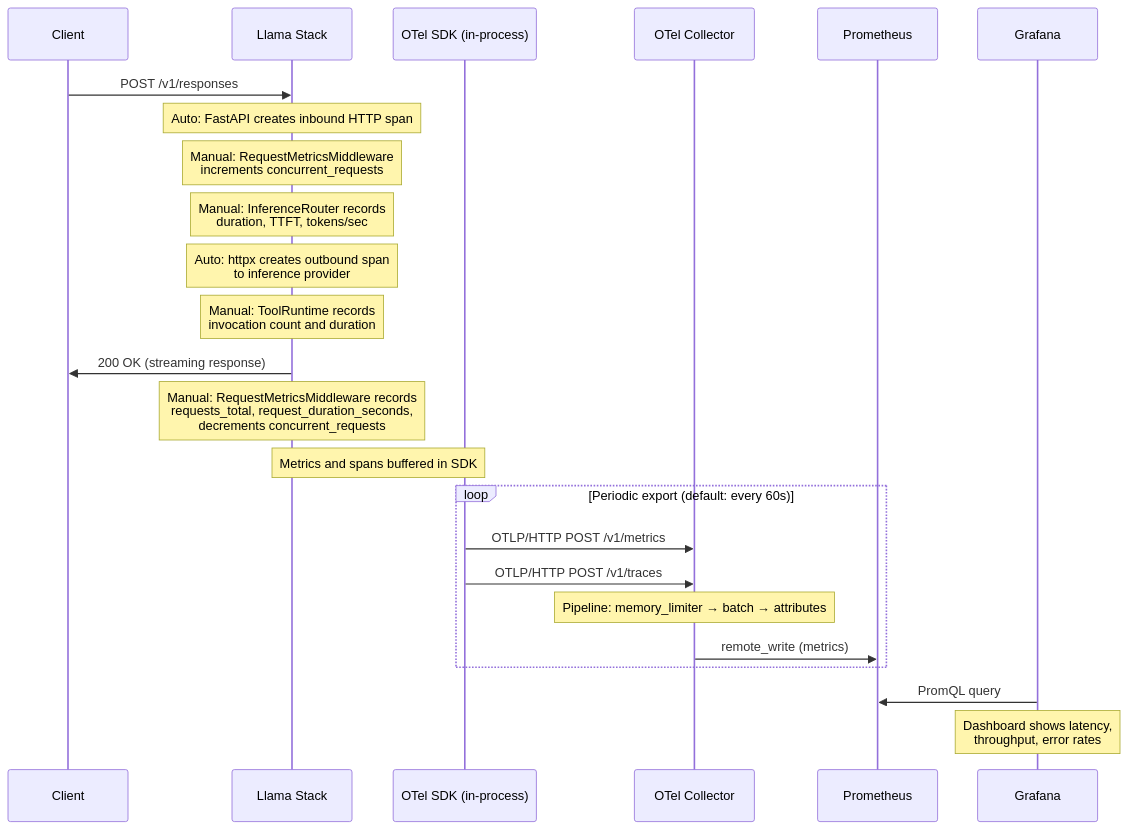
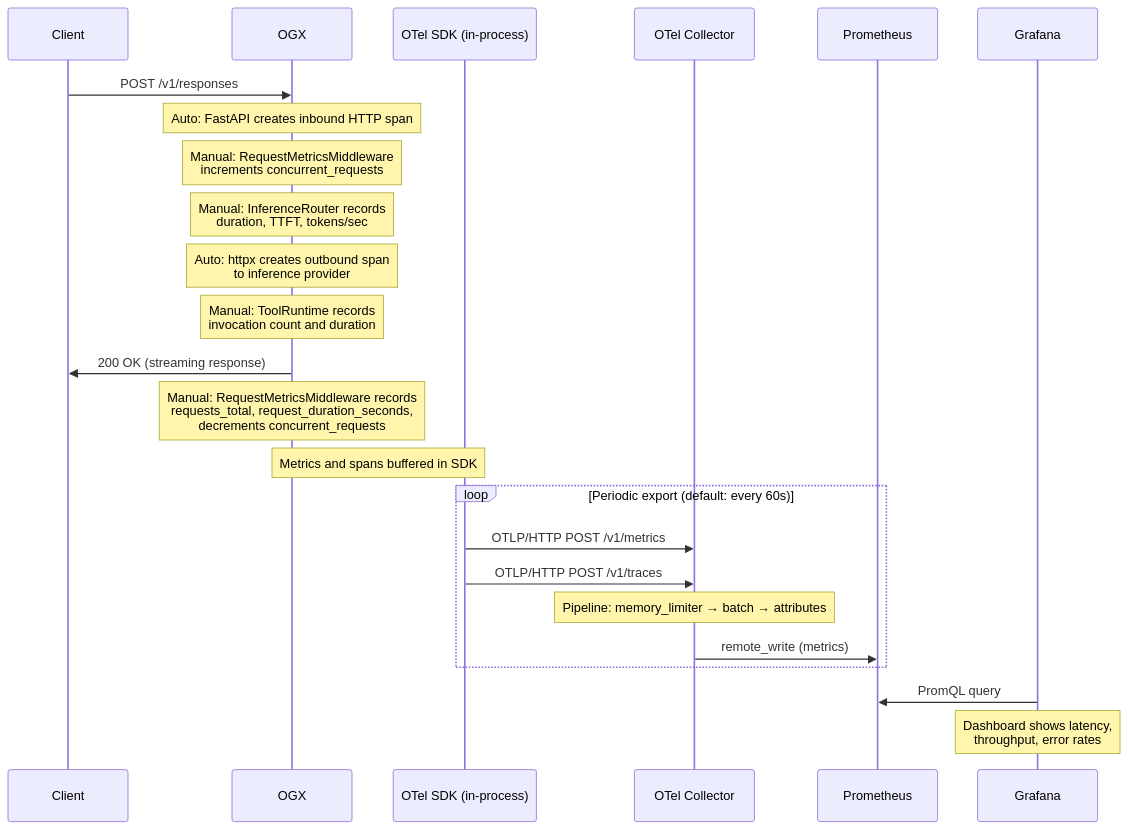
The second of 2 diagrams in docs/blog/2026-03-30-observability.md (skamenan7/llama-stack), drawn with Mermaid before and after one commit. The commit also changed other lines of this file and 2206 other files, not shown here.

First line of the commit message:
chore!: rename project from llama-stack to ogx (#5613)

````diff
--- a/docs/blog/2026-03-30-observability.md
+++ b/docs/blog/2026-03-30-observability.md
@@ -94,33 +94,33 @@
 ```mermaid
 sequenceDiagram
     participant Client
-    participant LS as Llama Stack
+    participant LS as OGX
     participant SDK as OTel SDK (in-process)
     participant Collector as OTel Collector
     participant Prom as Prometheus
     participant Grafana
 
     Client->>LS: POST /v1/responses
 
     Note over LS: Auto: FastAPI creates inbound HTTP span
     Note over LS: Manual: RequestMetricsMiddleware<br/>increments concurrent_requests
     Note over LS: Manual: InferenceRouter records<br/>duration, TTFT, tokens/sec
     Note over LS: Auto: httpx creates outbound span<br/>to inference provider
     Note over LS: Manual: ToolRuntime records<br/>invocation count and duration
 
     LS->>Client: 200 OK (streaming response)
 
     Note over LS: Manual: RequestMetricsMiddleware records<br/>requests_total, request_duration_seconds,<br/>decrements concurrent_requests
 
     Note over LS,SDK: Metrics and spans buffered in SDK
 
     loop Periodic export (default: every 60s)
         SDK->>Collector: OTLP/HTTP POST /v1/metrics
         SDK->>Collector: OTLP/HTTP POST /v1/traces
         Note over Collector: Pipeline: memory_limiter → batch → attributes
         Collector->>Prom: remote_write (metrics)
     end
 
     Grafana->>Prom: PromQL query
     Note over Grafana: Dashboard shows latency,<br/>throughput, error rates
 ```
````
